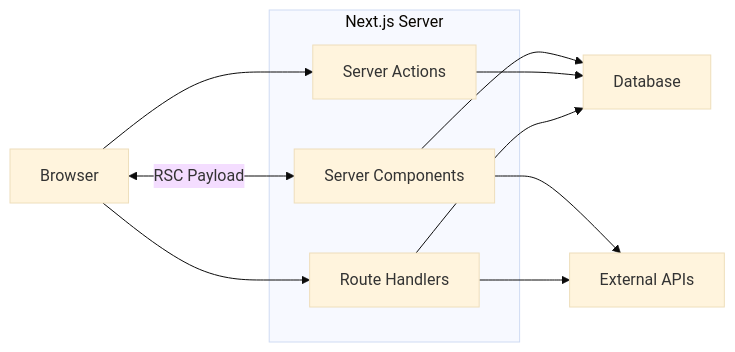
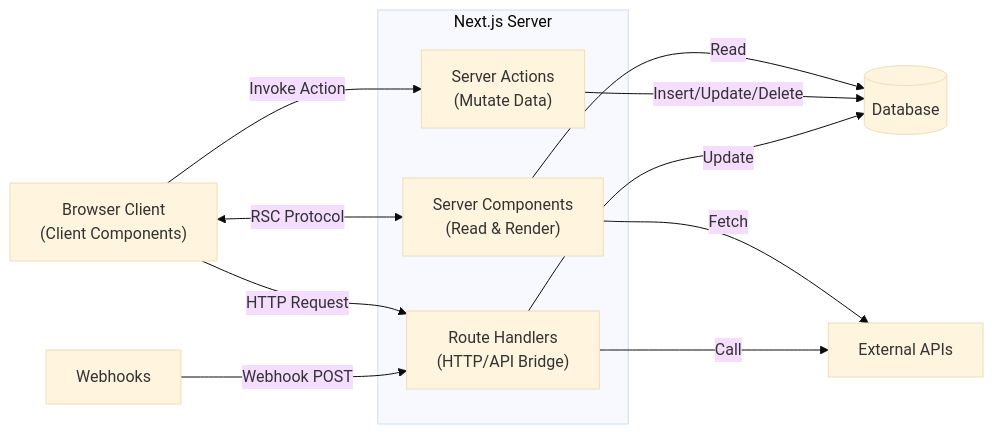
Before and after one commit to seanwhs/Tutorials: the first of 3 diagrams in NextJS/Next-JS-Tutorial/Articles/Modern-Client-Server-Architecture.md, drawn with Mermaid (base theme). The commit also changed other lines of this file, not shown here.

````diff
--- a/NextJS/Next-JS-Tutorial/Articles/Modern-Client-Server-Architecture.md
+++ b/NextJS/Next-JS-Tutorial/Articles/Modern-Client-Server-Architecture.md
@@ -108,25 +62,36 @@
 ```mermaid
 graph LR
-    BROWSER[Browser]
+
+    CLIENT["Browser Client<br/>(Client Components)"]
 
     subgraph SERVER["Next.js Server"]
-        SC[Server Components]
-        SA[Server Actions]
-        RH[Route Handlers]
+
+        SC["Server Components<br/>(Read & Render)"]
+
+        SA["Server Actions<br/>(Mutate Data)"]
+
+        RH["Route Handlers<br/>(HTTP/API Bridge)"]
+
     end
 
-    DB[Database]
-    EXT[External APIs]
+    DB[(Database)]
 
-    BROWSER <-->|RSC Payload| SC
+    API[External APIs]
 
-    BROWSER --> SA
-    BROWSER --> RH
+    WH[Webhooks]
 
-    SC --> DB
-    SA --> DB
-    RH --> DB
+    CLIENT <-->|RSC Protocol| SC
 
-    SC --> EXT
-    RH --> EXT
+    CLIENT -->|Invoke Action| SA
+
+    CLIENT -->|HTTP Request| RH
+
+    SC -->|Read| DB
+    SC -->|Fetch| API
+
+    SA -->|Insert/Update/Delete| DB
+
+    WH -->|Webhook POST| RH
+    RH -->|Update| DB
+    RH -->|Call| API
 ```
````
